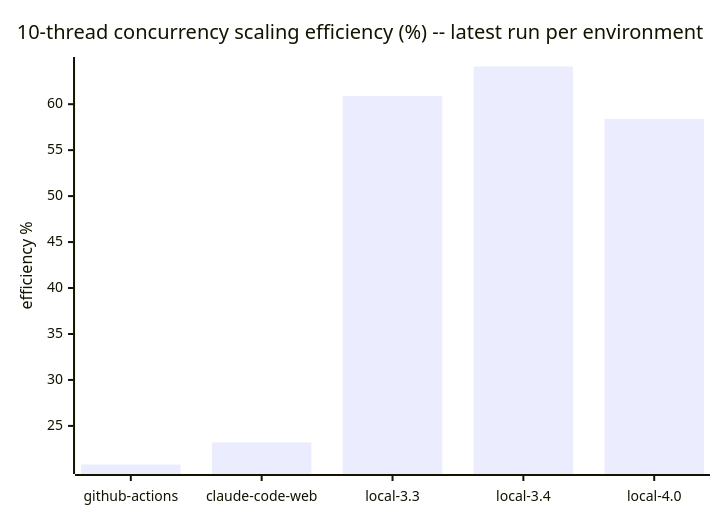
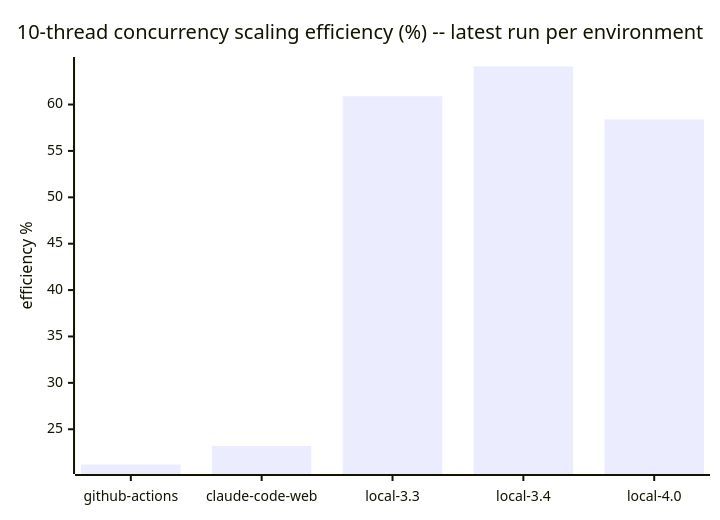
Before and after one commit to cpb/duckling: the seventh of 7 diagrams in docs/benchmarks/README.md, drawn with Mermaid. The commit also changed other lines of this file and 1 other file, not shown here.

````diff
--- a/docs/benchmarks/README.md
+++ b/docs/benchmarks/README.md
@@ -223,7 +223,7 @@
 ```mermaid
 xychart-beta
     title "10-thread concurrency scaling efficiency (%) -- latest run per environment"
     x-axis [github-actions, claude-code-web, local-3.3, local-3.4, local-4.0]
     y-axis "efficiency %"
-    bar "efficiency_pct" [20.8, 23.2, 60.9, 64.1, 58.4]
+    bar "efficiency_pct" [21.2, 23.2, 60.9, 64.1, 58.4]
 ```
````
